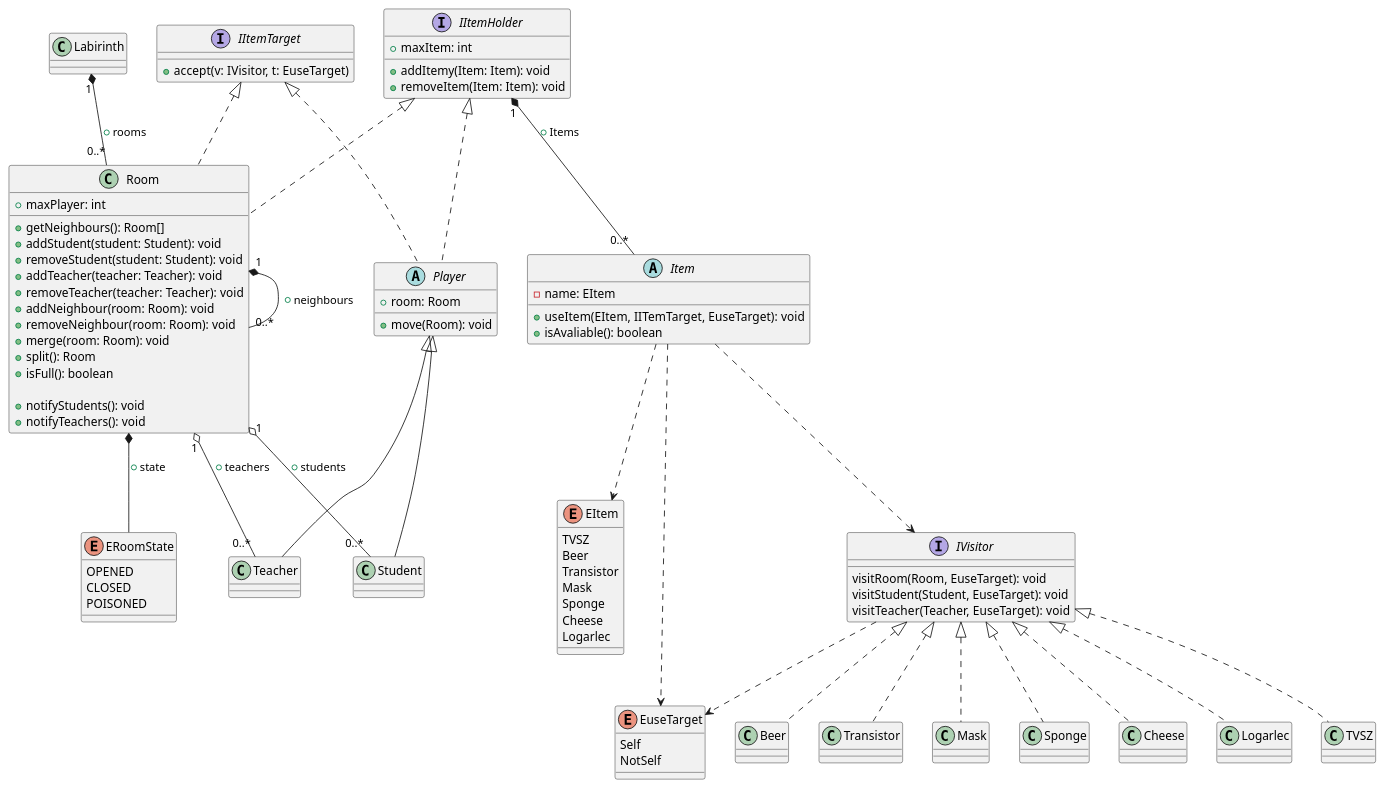
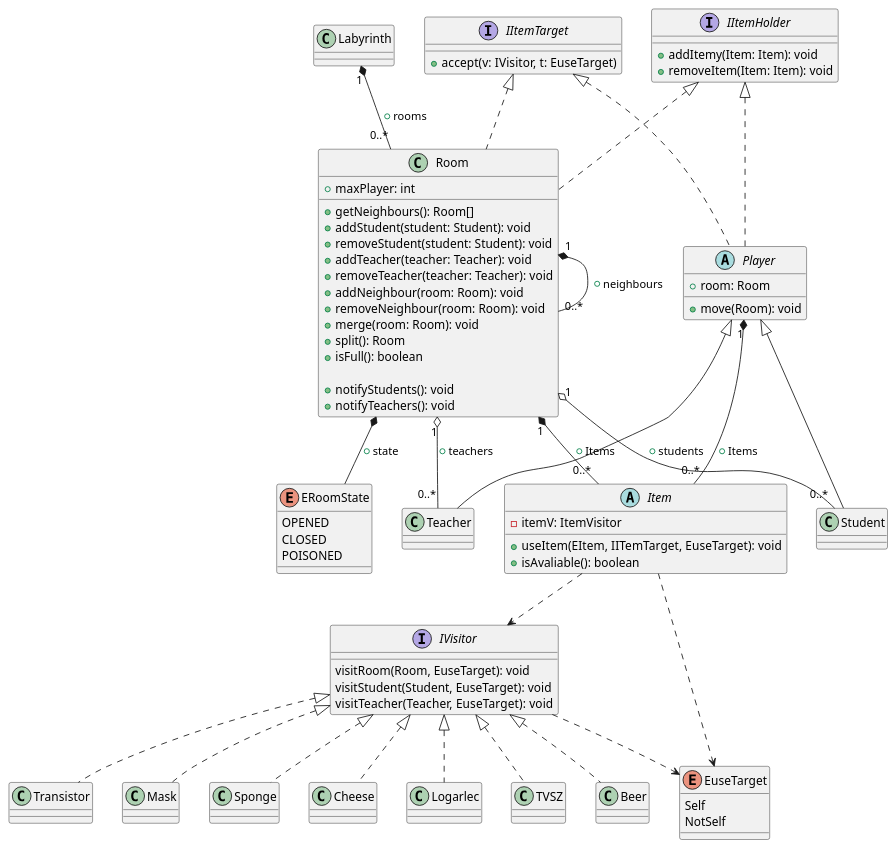
The diagram in class_uj.plantuml (MBakter/echo), drawn with PlantUML before and after one commit. The commit also changed 11 other files, not shown here.

```diff
--- a/class_uj.plantuml
+++ b/class_uj.plantuml
@@ -1,114 +1,103 @@
 @startuml UML
 
-class Labirinth {
+class Labyrinth {
 
 }
 
 class Room implements IItemHolder, IItemTarget{
     + maxPlayer: int
 
     +getNeighbours(): Room[]
     +addStudent(student: Student): void
     +removeStudent(student: Student): void
     +addTeacher(teacher: Teacher): void
     +removeTeacher(teacher: Teacher): void
     +addNeighbour(room: Room): void
     +removeNeighbour(room: Room): void
     +merge(room: Room): void
     +split(): Room
     +isFull(): boolean
 
     +notifyStudents(): void
     +notifyTeachers(): void
 
 }
 
 abstract class Player implements IItemHolder, IItemTarget{
     + room: Room
     + move(Room): void
 }
 
 interface IVisitor {
     visitRoom(Room, EuseTarget): void
     visitStudent(Student, EuseTarget): void
     visitTeacher(Teacher, EuseTarget): void
 }
 
-enum EItem{
-    TVSZ
-    Beer
-    Transistor
-    Mask
-    Sponge
-    Cheese
-    Logarlec
-}
-
 abstract class Item{
-    -name: EItem
+    -itemV: ItemVisitor
     + useItem(EItem, IITemTarget, EuseTarget): void
     + isAvaliable(): boolean
 }
 
 interface IItemTarget{
     + accept(v: IVisitor, t: EuseTarget)
 }
 
 class Teacher extends Player{}
 
 
 class Student extends Player{
 }
 
 enum EuseTarget{
     Self
     NotSelf
 }
 
 interface IItemHolder {
-    + maxItem: int
     + addItemy(Item: Item): void
     + removeItem(Item: Item): void
 }
 
 enum ERoomState {
     OPENED
     CLOSED
     POISONED
 
 }
 
 class TVSZ implements IVisitor {
 }
 
 class Beer  implements IVisitor {
 }
 
 class Transistor implements IVisitor  {
 }
 
 class Mask  implements IVisitor  {
 }
 
 class Sponge  implements IVisitor  {
 }
 
 class Cheese  implements IVisitor {
 }
 
 class Logarlec  implements IVisitor  {
 }
 
 Room "1" o-- "0..*" Student: + students
 Room "1" o-- "0..*" Teacher: + teachers
 Room "1" *-- "0..*" Room: + neighbours
-IItemHolder "1" *-- "0..*" Item: + Items
+Player "1" *-- "0..*" Item: + Items
+Room "1" *-- "0..*" Item: + Items
 Room *-- ERoomState: + state
-Labirinth "1" *-- "0..*" Room: + rooms
+Labyrinth "1" *-- "0..*" Room: + rooms
 
 Item ..> IVisitor
-Item ..> EItem
 Item ..> EuseTarget
 IVisitor ..> EuseTarget
 
 @enduml
```
